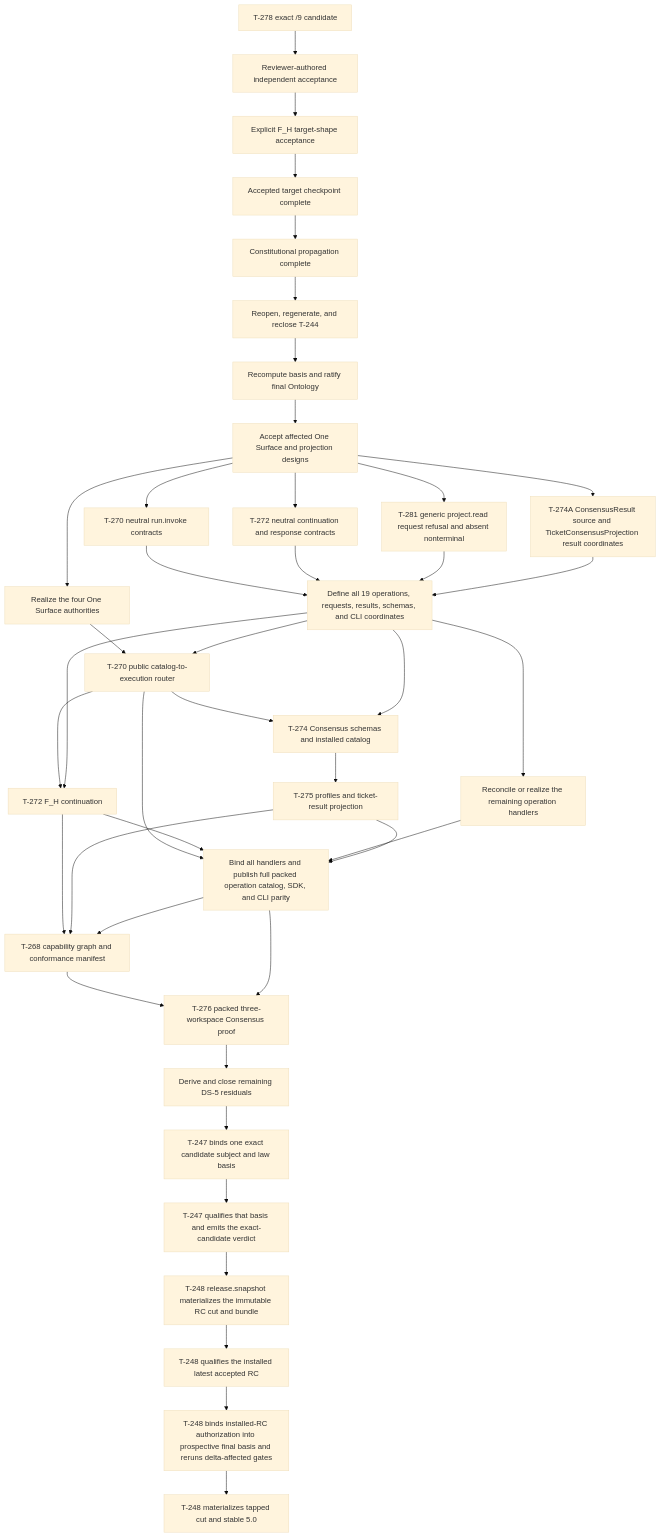
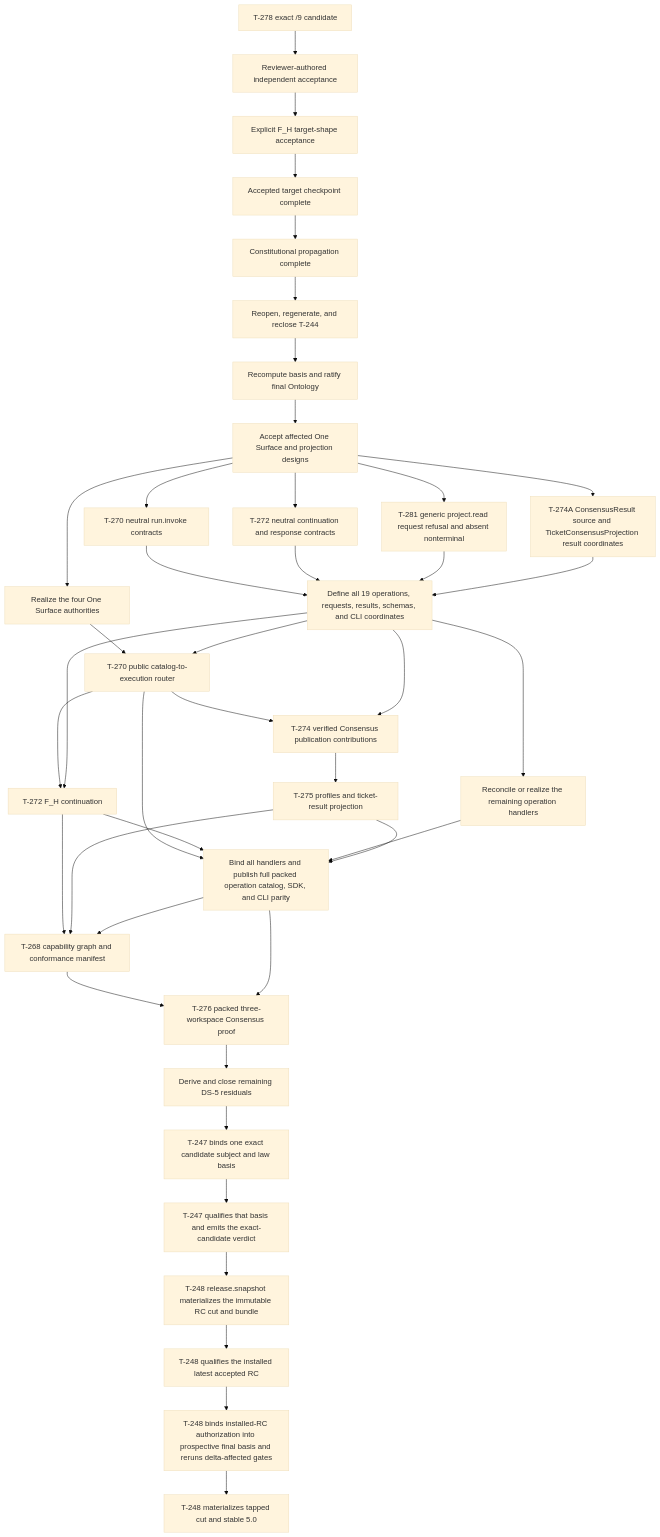
Before and after one commit to foolishimp/abiogenesis: the diagram in specification/GOALS.md, drawn with Mermaid (base theme). The commit also changed other lines of this file and 3 other files, not shown here.

````diff
--- a/specification/GOALS.md
+++ b/specification/GOALS.md
@@ -139,43 +139,43 @@
 ```mermaid
 flowchart TD
   A[T-278 exact /9 candidate] --> A2[Reviewer-authored independent acceptance]
   A2 --> A3[Explicit F_H target-shape acceptance]
   A3 --> S[Accepted target checkpoint complete]
   S --> B[Constitutional propagation complete]
   B --> C[Reopen, regenerate, and reclose T-244]
   C --> D[Recompute basis and ratify final Ontology]
   D --> E[Accept affected One Surface and projection designs]
   E --> O[Realize the four One Surface authorities]
   E --> N270[T-270 neutral run.invoke contracts]
   E --> N272[T-272 neutral continuation and response contracts]
   E --> H0A[T-281 generic project.read request refusal and absent nonterminal]
   E --> H0B[T-274A ConsensusResult source and TicketConsensusProjection result coordinates]
   N270 --> P1[Define all 19 operations, requests, results, schemas, and CLI coordinates]
   N272 --> P1
   H0A --> P1
   H0B --> P1
   O --> F[T-270 public catalog-to-execution router]
   P1 --> F
   P1 --> Q[Reconcile or realize the remaining operation handlers]
   F --> G[T-272 F_H continuation]
   P1 --> G
-  F --> H[T-274 Consensus schemas and installed catalog]
+  F --> H[T-274 verified Consensus publication contributions]
   P1 --> H
   H --> I[T-275 profiles and ticket-result projection]
   F --> P2[Bind all handlers and publish full packed operation catalog, SDK, and CLI parity]
   G --> P2
   Q --> P2
   I --> P2
   G --> J[T-268 capability graph and conformance manifest]
   I --> J
   P2 --> J
   J --> K[T-276 packed three-workspace Consensus proof]
   P2 --> K
   K --> L[Derive and close remaining DS-5 residuals]
   L --> B1[T-247 binds one exact candidate subject and law basis]
   B1 --> B2[T-247 qualifies that basis and emits the exact-candidate verdict]
   B2 --> R[T-248 release.snapshot materializes the immutable RC cut and bundle]
   R --> V[T-248 qualifies the installed latest accepted RC]
   V --> F1[T-248 binds installed-RC authorization into prospective final basis and reruns delta-affected gates]
   F1 --> N[T-248 materializes tapped cut and stable 5.0]
 ```
````
